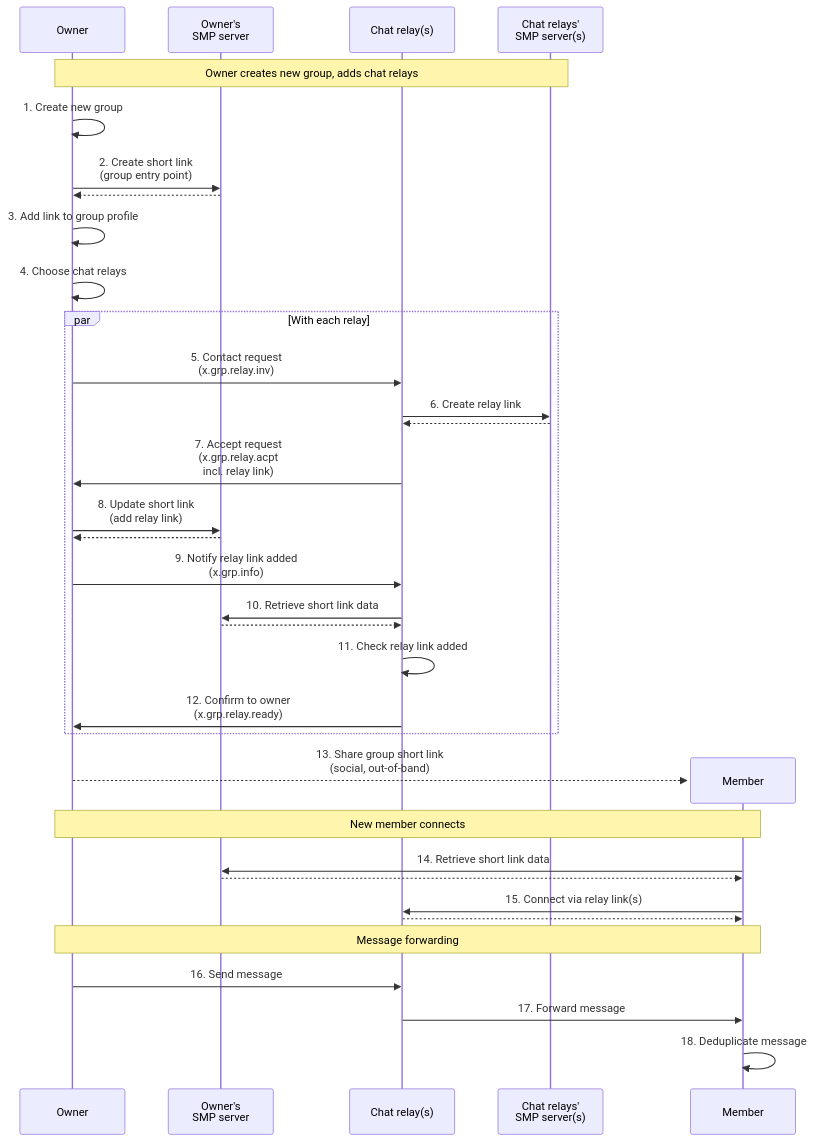
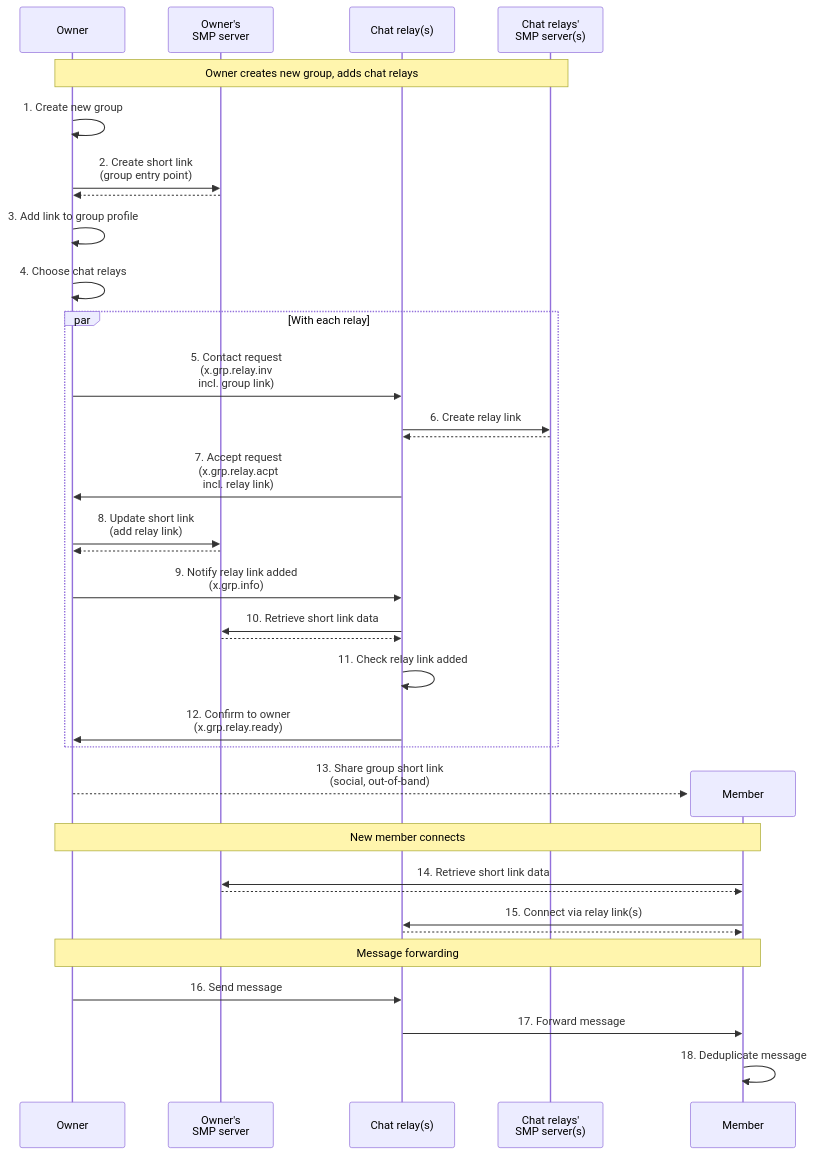
One commit to simplex-chat/simplex-chat changed the first of 3 diagrams in docs/rfcs/2025-10-20-chat-relays.md. Above: the diagram before and after it, drawn with Mermaid. The commit also changed other lines of this file, not shown here.

````diff
--- a/docs/rfcs/2025-10-20-chat-relays.md
+++ b/docs/rfcs/2025-10-20-chat-relays.md
@@ -5,43 +5,43 @@
 ```mermaid
 sequenceDiagram
     participant O as Owner
     participant OSMP as Owner's<br>SMP server
     participant R as Chat relay(s)
     participant RSMP as Chat relays'<br>SMP server(s)
 
 note over O, RSMP: Owner creates new group, adds chat relays
 
 O ->> O: 1. Create new group
 O ->> OSMP: 2. Create short link<br>(group entry point)
 OSMP -->> O:
 O ->> O: 3. Add link to group profile
 O ->> O: 4. Choose chat relays
 par With each relay
-    O ->> R: 5. Contact request<br>(x.grp.relay.inv)
+    O ->> R: 5. Contact request<br>(x.grp.relay.inv<br>incl. group link)
     R ->> RSMP: 6. Create relay link
     RSMP -->> R:
     R ->> O: 7. Accept request<br>(x.grp.relay.acpt<br>incl. relay link)
     O ->> OSMP: 8. Update short link<br>(add relay link)
     OSMP -->> O:
     O ->> R: 9. Notify relay link added<br>(x.grp.info)
     R ->> OSMP: 10. Retrieve short link data
     OSMP -->> R:
     R ->> R: 11. Check relay link added
     R ->> O: 12. Confirm to owner<br>(x.grp.relay.ready)
 end
 create participant M as Member
 O -->> M: 13. Share group short link<br>(social, out-of-band)
 
 note over O, M: New member connects
 
 M ->> OSMP: 14. Retrieve short link data
 OSMP -->> M:
 M ->> R: 15. Connect via relay link(s)
 R -->> M:
 
 note over O, M: Message forwarding
 
 O ->> R: 16. Send message
 R ->> M: 17. Forward message
 M ->> M: 18. Deduplicate message
 ```
````
